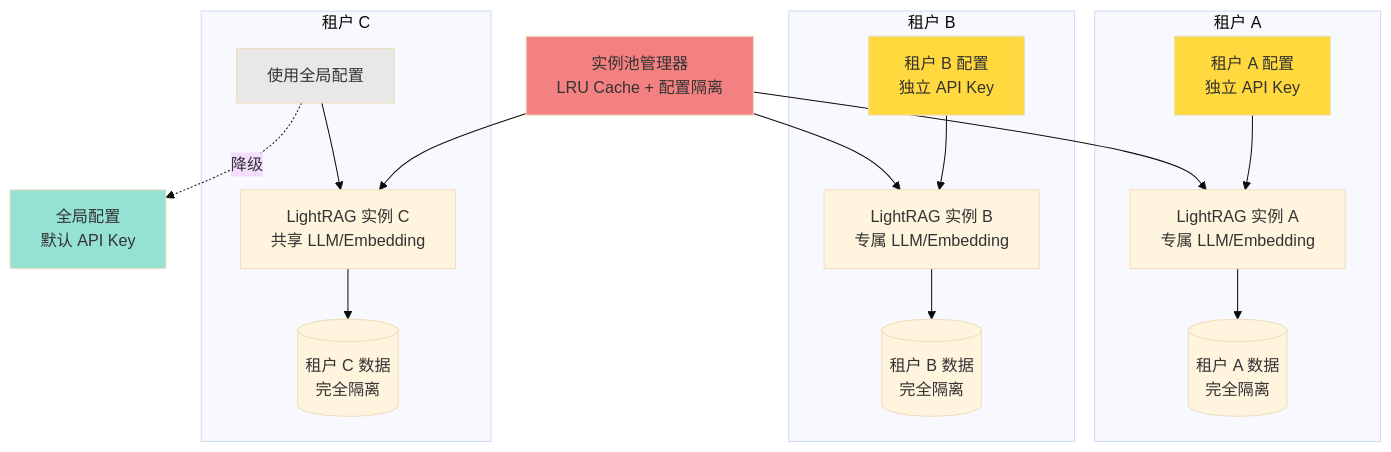
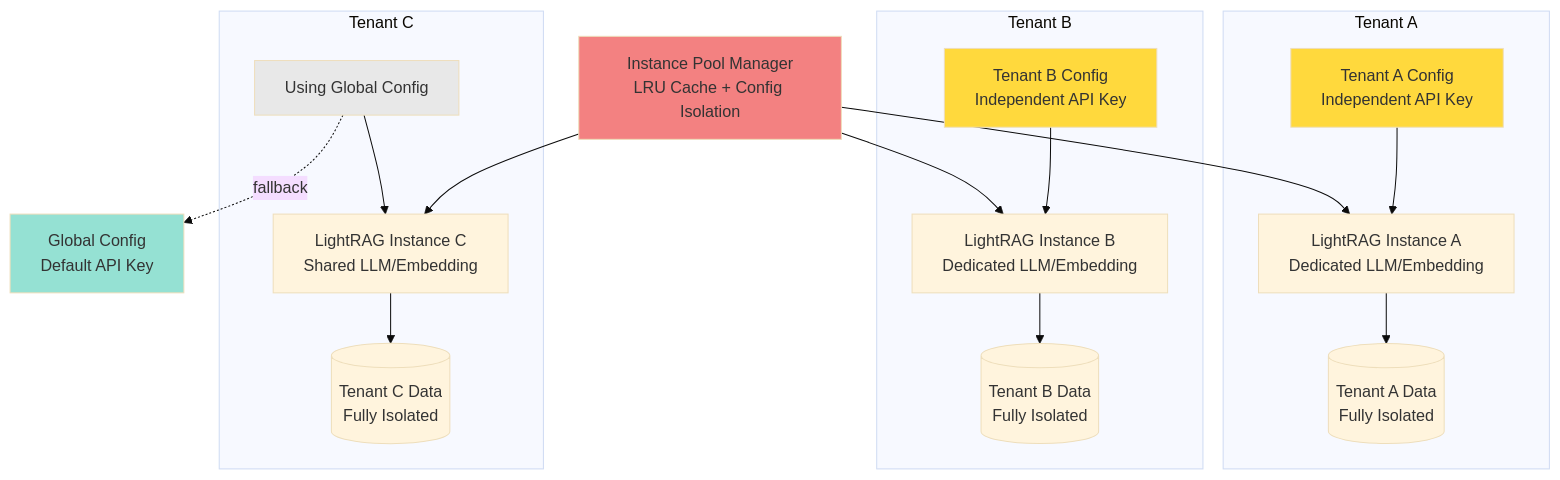
The second of 2 diagrams in README.md (BukeLy/rag-api), drawn with Mermaid (base theme) before and after one commit. The commit also changed other lines of this file and 1 other file, not shown here.

````diff
--- a/README.md
+++ b/README.md
@@ -185,41 +187,41 @@
 ```mermaid
 graph TB
-    subgraph "租户 A"
-        A_Config[租户 A 配置<br/>独立 API Key]
-        A_Instance[LightRAG 实例 A<br/>专属 LLM/Embedding]
-        A_Data[(租户 A 数据<br/>完全隔离)]
+    subgraph "Tenant A"
+        A_Config[Tenant A Config<br/>Independent API Key]
+        A_Instance[LightRAG Instance A<br/>Dedicated LLM/Embedding]
+        A_Data[(Tenant A Data<br/>Fully Isolated)]
         A_Config --> A_Instance
         A_Instance --> A_Data
     end
 
-    subgraph "租户 B"
-        B_Config[租户 B 配置<br/>独立 API Key]
-        B_Instance[LightRAG 实例 B<br/>专属 LLM/Embedding]
-        B_Data[(租户 B 数据<br/>完全隔离)]
+    subgraph "Tenant B"
+        B_Config[Tenant B Config<br/>Independent API Key]
+        B_Instance[LightRAG Instance B<br/>Dedicated LLM/Embedding]
+        B_Data[(Tenant B Data<br/>Fully Isolated)]
         B_Config --> B_Instance
         B_Instance --> B_Data
     end
 
-    subgraph "租户 C"
-        C_Config[使用全局配置]
-        C_Instance[LightRAG 实例 C<br/>共享 LLM/Embedding]
-        C_Data[(租户 C 数据<br/>完全隔离)]
+    subgraph "Tenant C"
+        C_Config[Using Global Config]
+        C_Instance[LightRAG Instance C<br/>Shared LLM/Embedding]
+        C_Data[(Tenant C Data<br/>Fully Isolated)]
         C_Config --> C_Instance
         C_Instance --> C_Data
     end
 
-    Pool[实例池管理器<br/>LRU Cache + 配置隔离]
-    Global[全局配置<br/>默认 API Key]
+    Pool[Instance Pool Manager<br/>LRU Cache + Config Isolation]
+    Global[Global Config<br/>Default API Key]
 
     Pool --> A_Instance
     Pool --> B_Instance
     Pool --> C_Instance
 
-    C_Config -.降级.-> Global
+    C_Config -.fallback.-> Global
 
     style Pool fill:#F38181
     style Global fill:#95E1D3
     style A_Config fill:#FFD93D
     style B_Config fill:#FFD93D
     style C_Config fill:#E8E8E8
 ```
````
